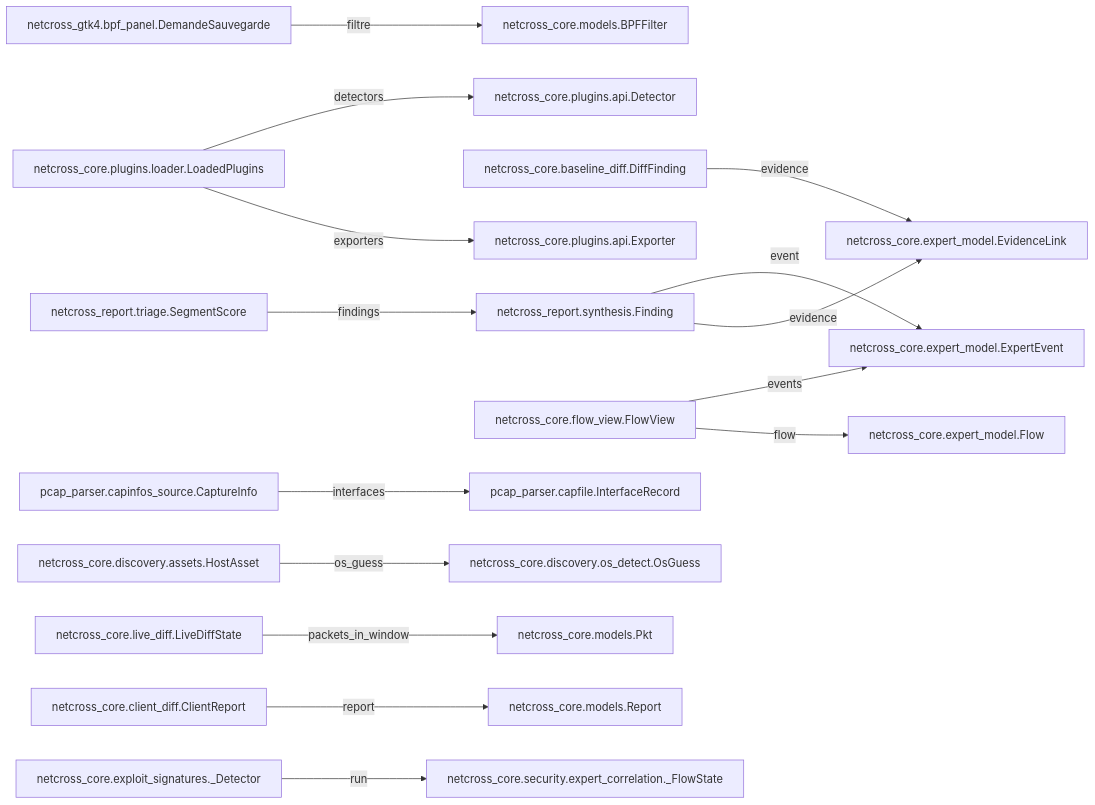
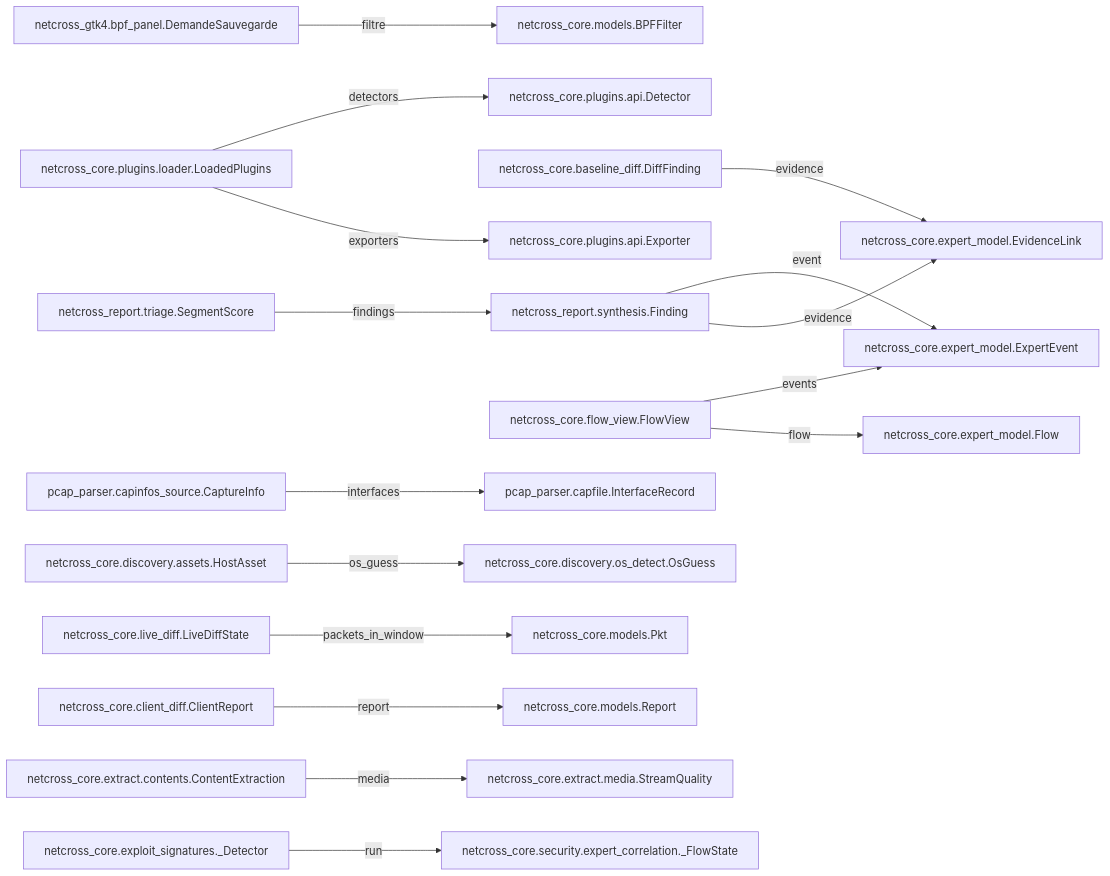
The second of 17 diagrams in docs/class-diagram.md (MathildeDec/Netcross), drawn with Mermaid before and after one commit. The commit also changed other lines of this file and 7 other files, not shown here.

````diff
--- a/docs/class-diagram.md
+++ b/docs/class-diagram.md
@@ -51,39 +51,42 @@
 ```mermaid
 flowchart LR
     BPFFilter["netcross_core.models.BPFFilter"]
     CaptureInfo["pcap_parser.capinfos_source.CaptureInfo"]
     ClientReport["netcross_core.client_diff.ClientReport"]
+    ContentExtraction["netcross_core.extract.contents.ContentExtraction"]
     DemandeSauvegarde["netcross_gtk4.bpf_panel.DemandeSauvegarde"]
     Detector["netcross_core.plugins.api.Detector"]
     DiffFinding["netcross_core.baseline_diff.DiffFinding"]
     EvidenceLink["netcross_core.expert_model.EvidenceLink"]
     ExpertEvent["netcross_core.expert_model.ExpertEvent"]
     Exporter["netcross_core.plugins.api.Exporter"]
     Finding["netcross_report.synthesis.Finding"]
     FlowView["netcross_core.flow_view.FlowView"]
     Flow["netcross_core.expert_model.Flow"]
     HostAsset["netcross_core.discovery.assets.HostAsset"]
     InterfaceRecord["pcap_parser.capfile.InterfaceRecord"]
     LiveDiffState["netcross_core.live_diff.LiveDiffState"]
     LoadedPlugins["netcross_core.plugins.loader.LoadedPlugins"]
     OsGuess["netcross_core.discovery.os_detect.OsGuess"]
     Pkt["netcross_core.models.Pkt"]
     Report["netcross_core.models.Report"]
     SegmentScore["netcross_report.triage.SegmentScore"]
+    StreamQuality["netcross_core.extract.media.StreamQuality"]
     _Detector["netcross_core.exploit_signatures._Detector"]
     netcross_core_security_expert_correlation__FlowState["netcross_core.security.expert_correlation._FlowState"]
     CaptureInfo -->|interfaces| InterfaceRecord
     ClientReport -->|report| Report
+    ContentExtraction -->|media| StreamQuality
     DemandeSauvegarde -->|filtre| BPFFilter
     DiffFinding -->|evidence| EvidenceLink
     Finding -->|event| ExpertEvent
     Finding -->|evidence| EvidenceLink
     FlowView -->|events| ExpertEvent
     FlowView -->|flow| Flow
     HostAsset -->|os_guess| OsGuess
     LiveDiffState -->|packets_in_window| Pkt
     LoadedPlugins -->|detectors| Detector
     LoadedPlugins -->|exporters| Exporter
     SegmentScore -->|findings| Finding
     _Detector -->|run| netcross_core_security_expert_correlation__FlowState
 ```
````
